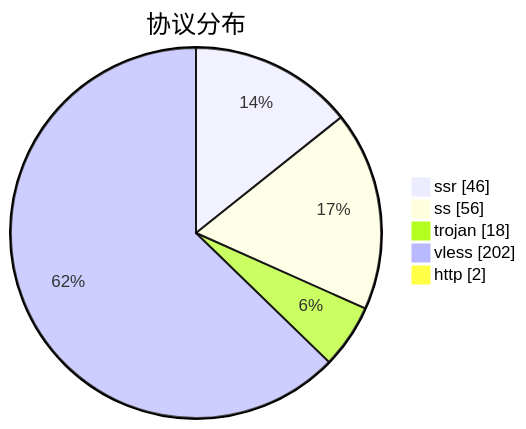
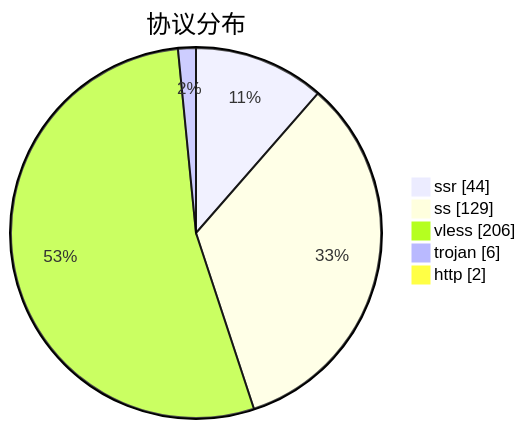
The third of 3 diagrams in subs/statistics/tested_within.md (qjlxg/airport), drawn with Mermaid before and after one commit. The commit also changed other lines of this file and 2 other files, not shown here.

````diff
--- a/subs/statistics/tested_within.md
+++ b/subs/statistics/tested_within.md
@@ -19,9 +19,9 @@
 ```mermaid
 pie showData
 title 协议分布
-"ssr" : 46
-"ss" : 56
-"trojan" : 18
-"vless" : 202
+"ssr" : 44
+"ss" : 129
+"vless" : 206
+"trojan" : 6
 "http" : 2
 ```
````
